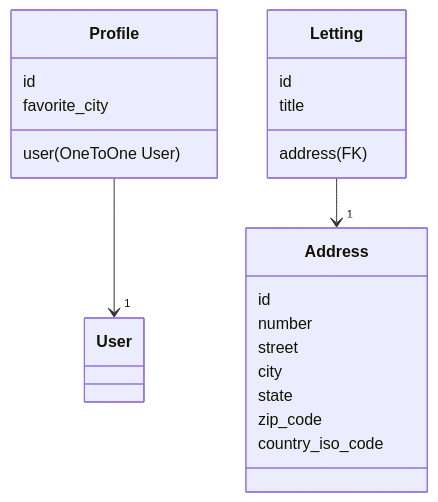
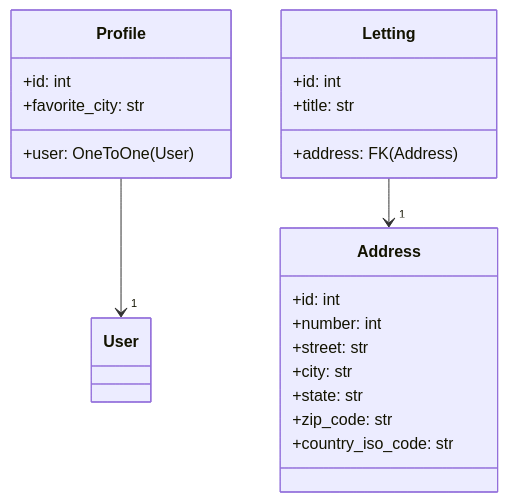
One commit to VincentDesmouceaux/P13_Python-OC-Lettings-FR changed the diagram in docs/source/database.rst. Above: the diagram before and after it, drawn with Mermaid. The commit also changed other lines of this file and 18 other files, not shown here.

```diff
--- a/docs/source/database.rst
+++ b/docs/source/database.rst
@@ -7,28 +17,28 @@
 .. mermaid::
-   :caption: Modèle conceptuel
+   :caption: Modèle conceptuel simplifié
 
    classDiagram
      class Profile {
-       id
-       user (OneToOne User)
-       favorite_city
+       +id: int
+       +user: OneToOne(User)
+       +favorite_city: str
      }
 
      class Address {
-       id
-       number
-       street
-       city
-       state
-       zip_code
-       country_iso_code
+       +id: int
+       +number: int
+       +street: str
+       +city: str
+       +state: str
+       +zip_code: str
+       +country_iso_code: str
      }
 
      class Letting {
-       id
-       title
-       address (FK)
+       +id: int
+       +title: str
+       +address: FK(Address)
      }
 
      Profile --> "1" User
      Letting --> "1" Address
```
